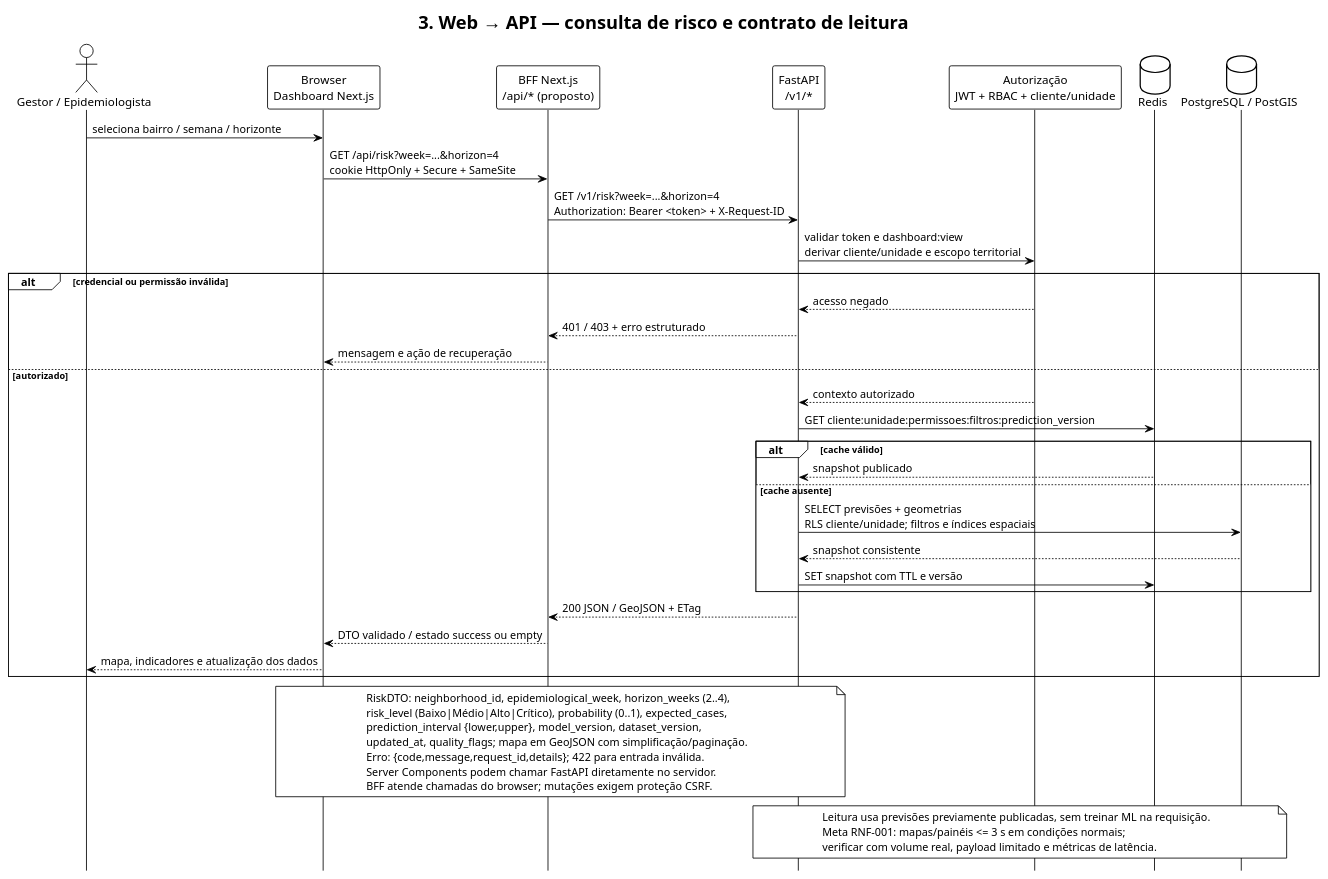
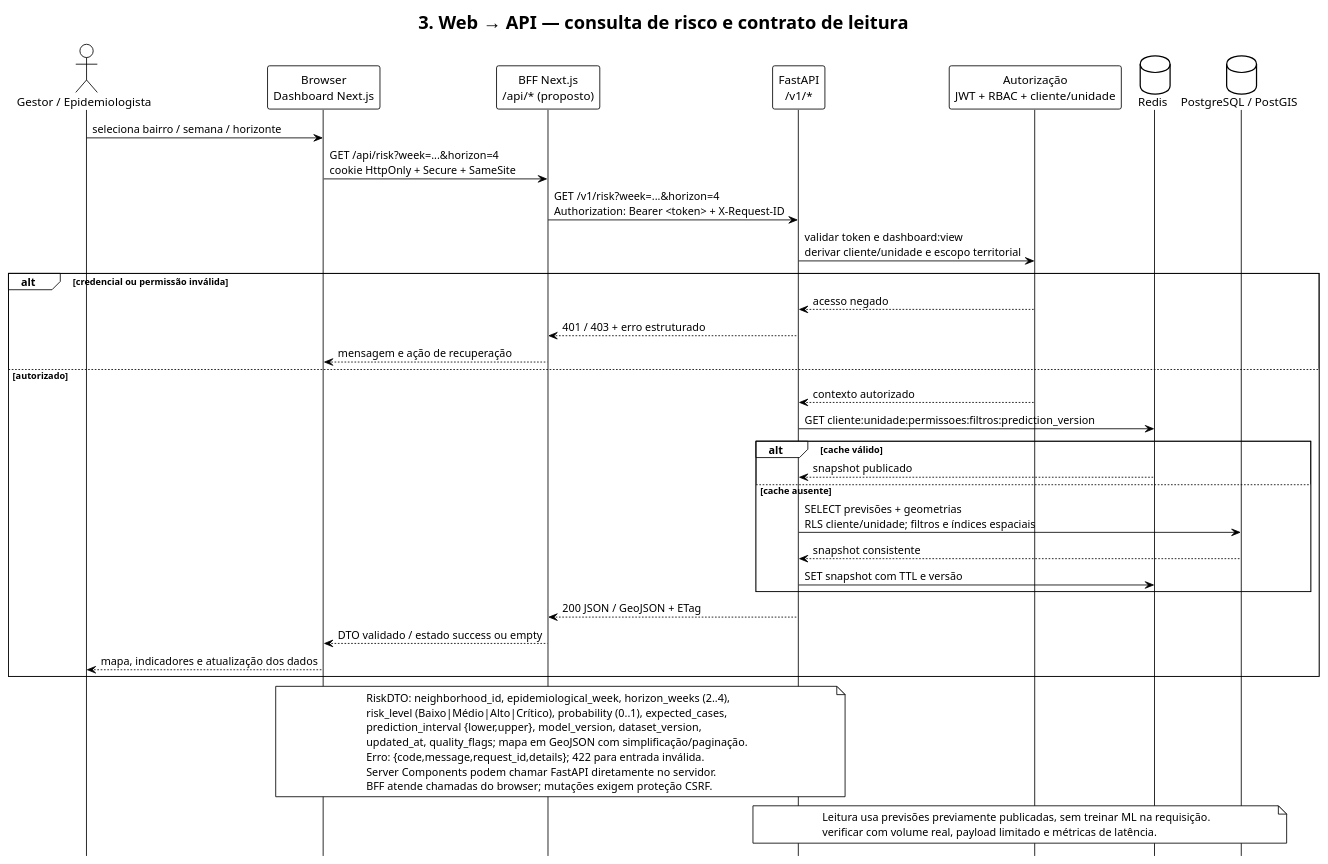
The third of 6 diagrams in docs/arquitetura/1.modeloGlobal.puml (FabinhoFarias/projeto-informatica-em-saude), drawn with PlantUML before and after one commit. The commit also changed 23 other files, not shown here.

```diff
--- a/docs/arquitetura/1.modeloGlobal.puml
+++ b/docs/arquitetura/1.modeloGlobal.puml
@@ -121,49 +121,48 @@
     @startuml Denguinhos_03_Consulta_Web_API
     !theme plain
     skinparam shadowing false
     hide footbox
     title 3. Web → API — consulta de risco e contrato de leitura
     actor "Gestor / Epidemiologista" as User
     participant "Browser\nDashboard Next.js" as Web
     participant "BFF Next.js\n/api/* (proposto)" as BFF
     participant "FastAPI\n/v1/*" as API
     participant "Autorização\nJWT + RBAC + cliente/unidade" as Auth
     database "Redis" as Cache
     database "PostgreSQL / PostGIS" as DB
     User -> Web : seleciona bairro / semana / horizonte
     Web -> BFF : GET /api/risk?week=...&horizon=4\ncookie HttpOnly + Secure + SameSite
     BFF -> API : GET /v1/risk?week=...&horizon=4\nAuthorization: Bearer <token> + X-Request-ID
     API -> Auth : validar token e dashboard:view\nderivar cliente/unidade e escopo territorial
     alt credencial ou permissão inválida
     Auth --> API : acesso negado
     API --> BFF : 401 / 403 + erro estruturado
     BFF --> Web : mensagem e ação de recuperação
     else autorizado
     Auth --> API : contexto autorizado
     API -> Cache : GET cliente:unidade:permissoes:filtros:prediction_version
     alt cache válido
         Cache --> API : snapshot publicado
     else cache ausente
         API -> DB : SELECT previsões + geometrias\nRLS cliente/unidade; filtros e índices espaciais
         DB --> API : snapshot consistente
         API -> Cache : SET snapshot com TTL e versão
     end
     API --> BFF : 200 JSON / GeoJSON + ETag
     BFF --> Web : DTO validado / estado success ou empty
     Web --> User : mapa, indicadores e atualização dos dados
     end
     note over Web,API
     RiskDTO: neighborhood_id, epidemiological_week, horizon_weeks (2..4),
     risk_level (Baixo|Médio|Alto|Crítico), probability (0..1), expected_cases,
     prediction_interval {lower,upper}, model_version, dataset_version,
     updated_at, quality_flags; mapa em GeoJSON com simplificação/paginação.
     Erro: {code,message,request_id,details}; 422 para entrada inválida.
     Server Components podem chamar FastAPI diretamente no servidor.
     BFF atende chamadas do browser; mutações exigem proteção CSRF.
     end note
     note over API,DB
     Leitura usa previsões previamente publicadas, sem treinar ML na requisição.
-    Meta RNF-001: mapas/painéis <= 3 s em condições normais;
     verificar com volume real, payload limitado e métricas de latência.
     end note
     @enduml
```
